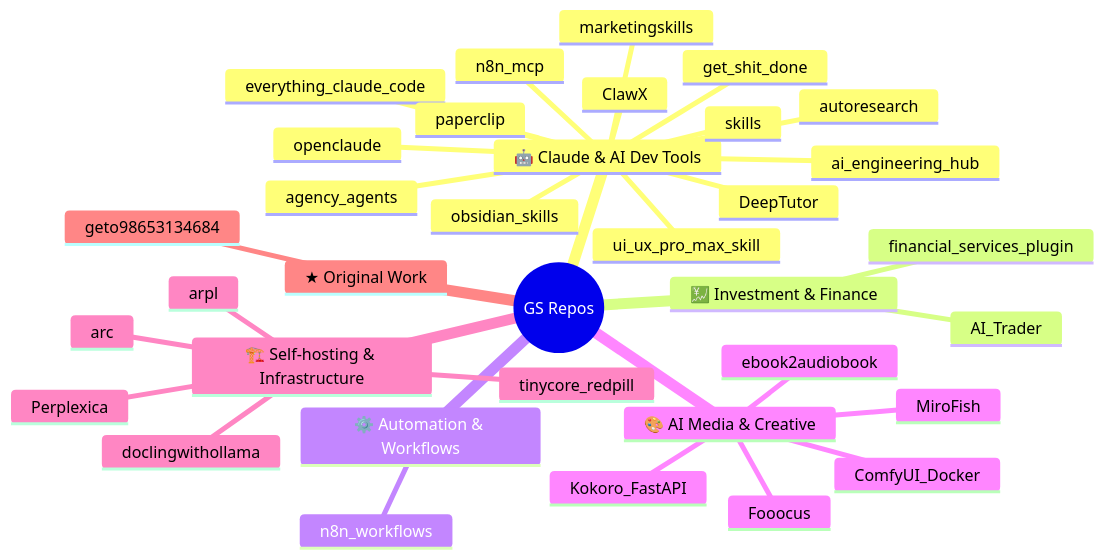
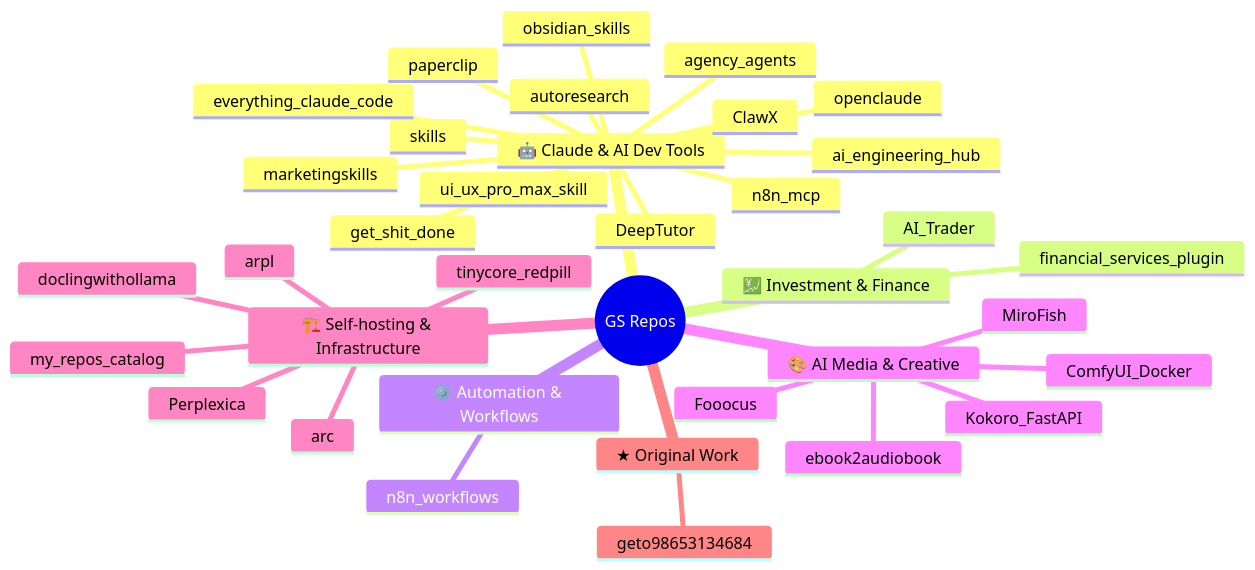
One commit to geto98653134684/my-repos-catalog changed the diagram in README.md. Above: the diagram before and after it, drawn with Mermaid. The commit also changed other lines of this file and 1 other file, not shown here.

Commit message:
docs: regenerate catalog 2026-04-16

````diff
--- a/README.md
+++ b/README.md
@@ -15,38 +15,39 @@
 ```mermaid
 mindmap
   root((GS Repos))
     🤖 Claude & AI Dev Tools
       openclaude
       skills
       DeepTutor
       get_shit_done
       n8n_mcp
       everything_claude_code
       marketingskills
       ai_engineering_hub
       ClawX
       agency_agents
       paperclip
       autoresearch
       ui_ux_pro_max_skill
       obsidian_skills
     💹 Investment & Finance
       AI_Trader
       financial_services_plugin
     ⚙️ Automation & Workflows
       n8n_workflows
     🎨 AI Media & Creative
       MiroFish
       ComfyUI_Docker
       Kokoro_FastAPI
       Fooocus
       ebook2audiobook
     🏗️ Self-hosting & Infrastructure
+      my_repos_catalog
       Perplexica
       arc
       doclingwithollama
       arpl
       tinycore_redpill
     ★ Original Work
       geto98653134684
 ```
````
